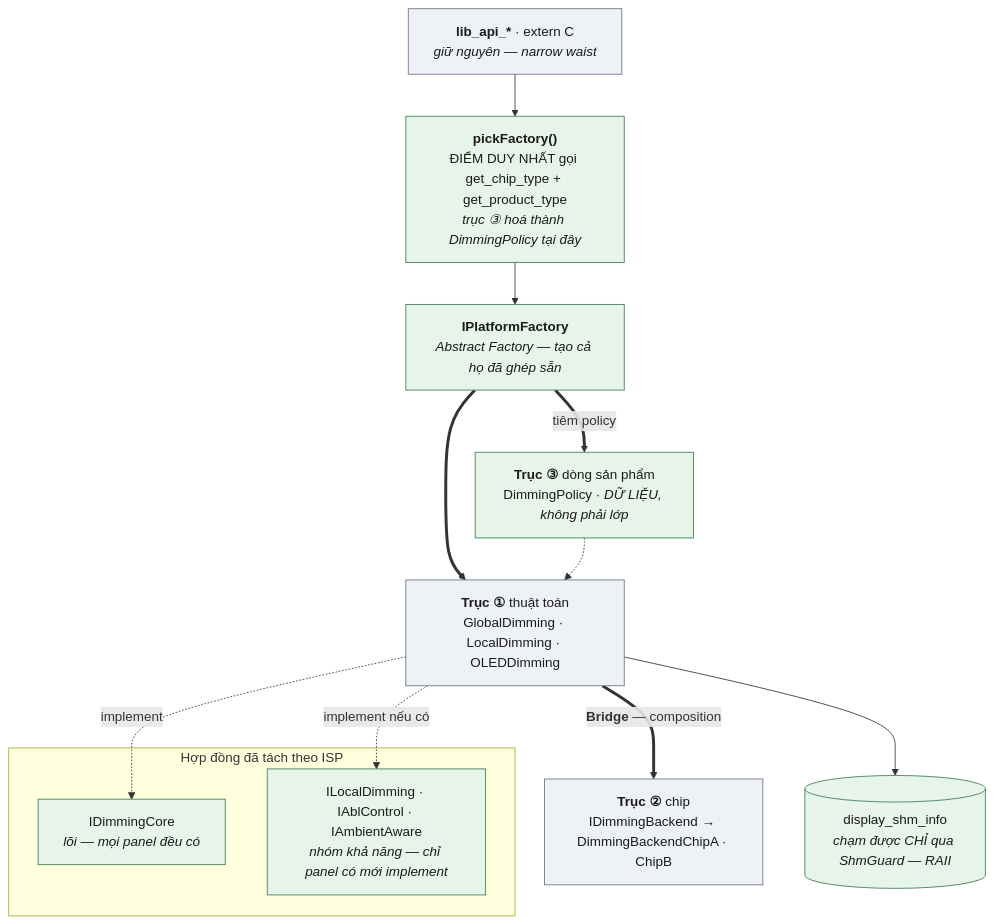
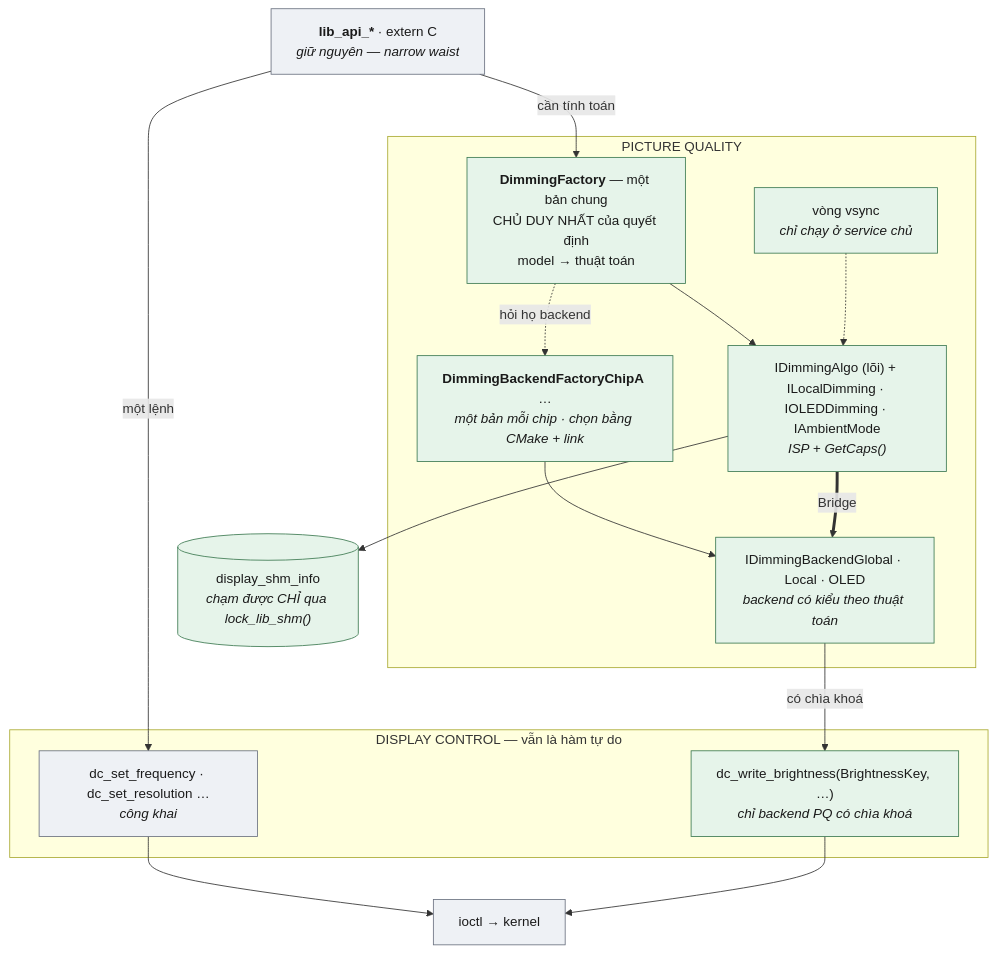
The diagram in 11-design-patterns/in-practice/B1-redesign-architecture.md (gia0901/Embedded-Knowledge), drawn with Mermaid before and after one commit. The commit also changed other lines of this file and 9 other files, not shown here.

````diff
--- a/11-design-patterns/in-practice/B1-redesign-architecture.md
+++ b/11-design-patterns/in-practice/B1-redesign-architecture.md
@@ -294,31 +385,36 @@
 ```mermaid
 flowchart TD
     API["<b>lib_api_*</b> · extern C<br/><i>giữ nguyên — narrow waist</i>"]
-    PICK["<b>pickFactory()</b><br/>ĐIỂM DUY NHẤT gọi get_chip_type + get_product_type<br/><i>trục ③ hoá thành DimmingPolicy tại đây</i>"]
-    AF["<b>IPlatformFactory</b><br/><i>Abstract Factory — tạo cả họ đã ghép sẵn</i>"]
 
-    subgraph CORE["Hợp đồng đã tách theo ISP"]
-        C1["IDimmingCore<br/><i>lõi — mọi panel đều có</i>"]
-        C2["ILocalDimming · IAblControl · IAmbientAware<br/><i>nhóm khả năng — chỉ panel có mới implement</i>"]
+    subgraph PQ["PICTURE QUALITY"]
+        MK["<b>DimmingFactory</b> — một bản chung<br/>CHỦ DUY NHẤT của quyết định<br/>model → thuật toán"]
+        CF["<b>DimmingBackendFactoryChipA</b> …<br/><i>một bản mỗi chip · chọn bằng CMake + link</i>"]
+        CORE["IDimmingAlgo (lõi) + ILocalDimming · IOLEDDimming · IAmbientMode<br/><i>ISP + GetCaps()</i>"]
+        BE["IDimmingBackendGlobal · Local · OLED<br/><i>backend có kiểu theo thuật toán</i>"]
+        VS["vòng vsync<br/><i>chỉ chạy ở service chủ</i>"]
+        MK --> CORE
+        CF --> BE
+        MK -.->|"hỏi họ backend"| CF
+        CORE ==>|"Bridge"| BE
+        VS -.-> CORE
     end
 
-    ALGO["<b>Trục ①</b> thuật toán<br/>GlobalDimming · LocalDimming · OLEDDimming"]
-    BE["<b>Trục ②</b> chip<br/>IDimmingBackend → DimmingBackendChipA · ChipB"]
-    POL["<b>Trục ③</b> dòng sản phẩm<br/>DimmingPolicy · <i>DỮ LIỆU, không phải lớp</i>"]
+    SHM[("display_shm_info<br/><i>chạm được CHỈ qua lock_lib_shm()</i>")]
 
-    SHM[("display_shm_info<br/><i>chạm được CHỈ qua ShmGuard — RAII</i>")]
+    subgraph DC["DISPLAY CONTROL — vẫn là hàm tự do"]
+        PUB["dc_set_frequency · dc_set_resolution …<br/><i>công khai</i>"]
+        PRIV["dc_write_brightness(BrightnessKey, …)<br/><i>chỉ backend PQ có chìa khoá</i>"]
+    end
 
-    API --> PICK --> AF
-    AF ==> ALGO
-    ALGO -.->|"implement"| C1
-    ALGO -.->|"implement nếu có"| C2
-    ALGO ==>|"<b>Bridge</b> — composition"| BE
-    AF ==>|"tiêm policy"| POL
-    POL -.-> ALGO
-    ALGO --> SHM
+    API -->|"cần tính toán"| MK
+    API -->|"một lệnh"| PUB
+    BE -->|"có chìa khoá"| PRIV
+    CORE --> SHM
+    PUB --> K["ioctl → kernel"]
+    PRIV --> K
 
     classDef fix fill:#e6f4ea,stroke:#3d7a52,color:#1a1a1a
     classDef keep fill:#eef1f5,stroke:#6b7280,color:#1a1a1a
-    class PICK,AF,C1,C2,POL,SHM fix
-    class API,BE,ALGO keep
+    class MK,CF,CORE,BE,VS,SHM,PRIV fix
+    class API,PUB,K keep
 ```
````
